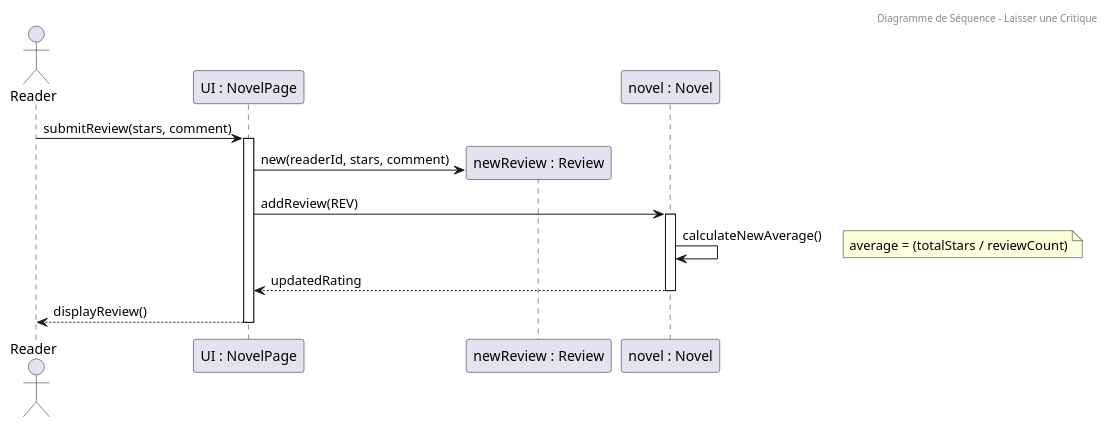
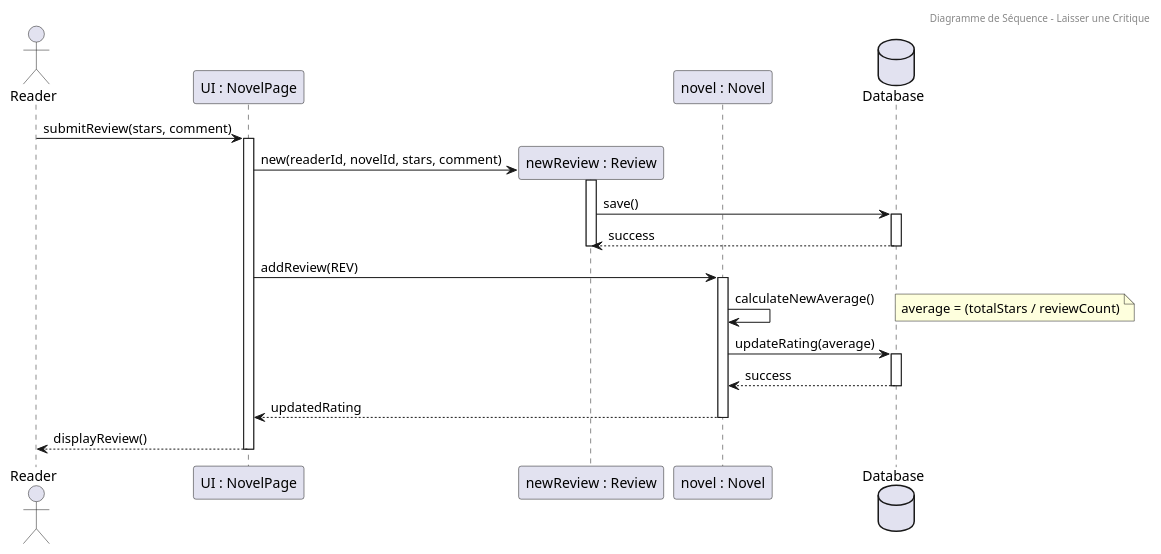
The diagram in src/Sequence/reviewing.wsd (matthieuzajac/UML_project), drawn with PlantUML before and after one commit. The commit also changed 21 other files, not shown here.

Commit message:
Complete UML documentation for Royal Road clone webnovel platform

```diff
--- a/src/Sequence/reviewing.wsd
+++ b/src/Sequence/reviewing.wsd
@@ -1,22 +1,34 @@
 @startuml sequence diagram review submission
 header Diagramme de Séquence - Laisser une Critique
 actor Reader as R
 participant "UI : NovelPage" as UI
 participant "newReview : Review" as REV
 participant "novel : Novel" as N
+database "Database" as DB
 
 R -> UI : submitReview(stars, comment)
 activate UI
 create REV
-UI -> REV : new(readerId, stars, comment)
+UI -> REV : new(readerId, novelId, stars, comment)
+activate REV
+
+REV -> DB : save()
+activate DB
+DB --> REV : success
+deactivate DB
+deactivate REV
 
 UI -> N : addReview(REV)
 activate N
 N -> N : calculateNewAverage()
 note right: average = (totalStars / reviewCount)
+N -> DB : updateRating(average)
+activate DB
+DB --> N : success
+deactivate DB
 N --> UI : updatedRating
 deactivate N
 
 UI --> R : displayReview()
 deactivate UI
 @enduml
```
